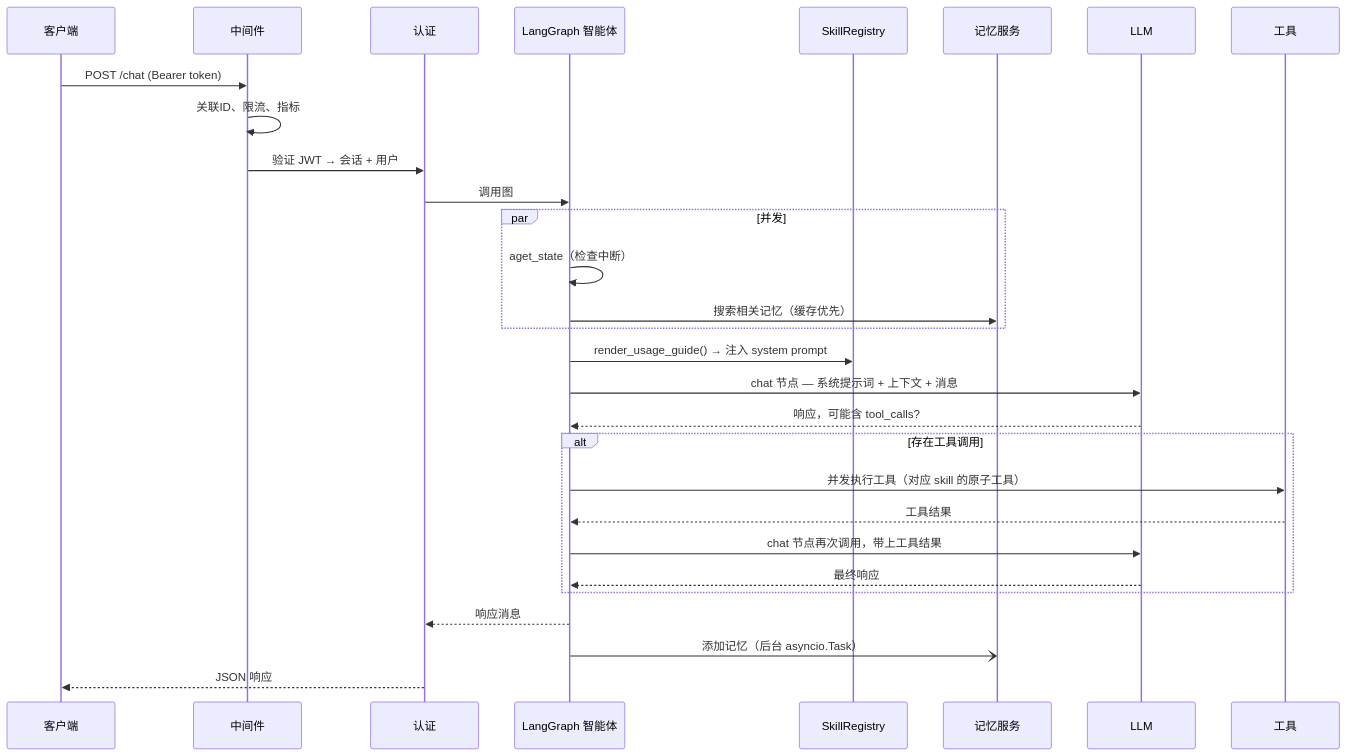
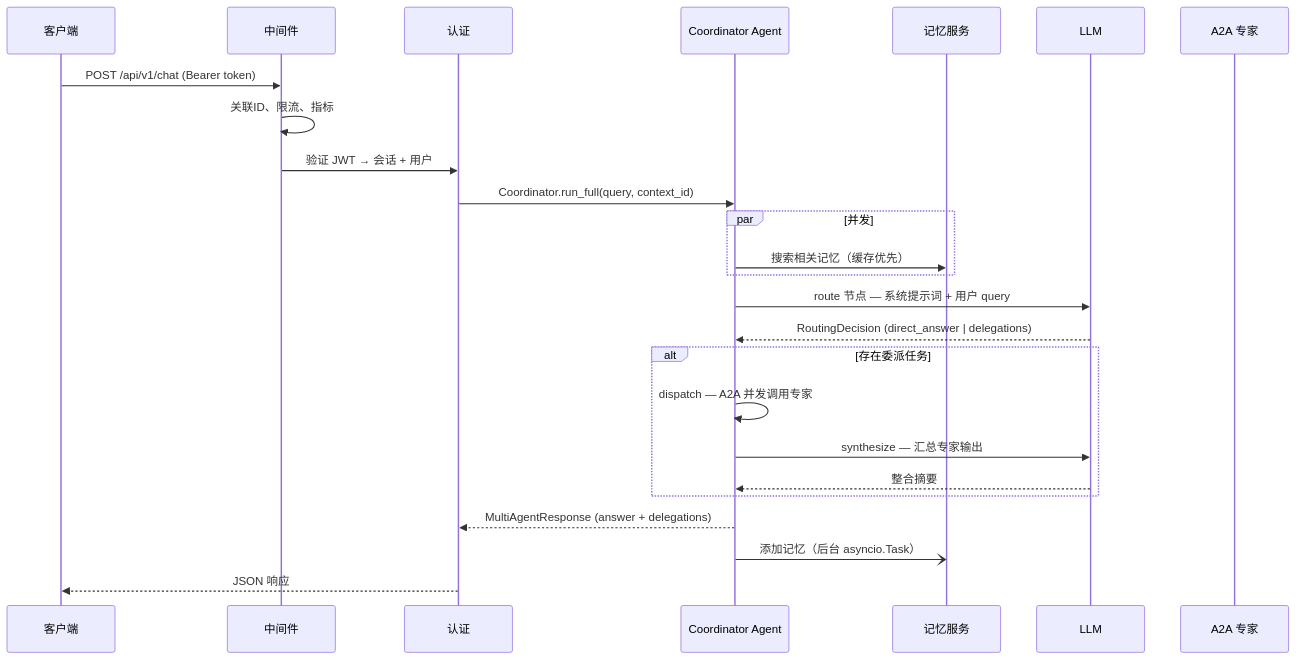
Before and after one commit to zhengyan417/YiTian_LearningCosmos: the third of 3 diagrams in docs/architecture.md, drawn with Mermaid. The commit also changed other lines of this file and 131 other files, not shown here.

````diff
--- a/docs/architecture.md
+++ b/docs/architecture.md
@@ -156,36 +111,32 @@
 ```mermaid
 sequenceDiagram
     participant C as 客户端
     participant MW as 中间件
     participant A as 认证
-    participant G as LangGraph 智能体
-    participant SK as SkillRegistry
+    participant G as Coordinator Agent
     participant Mem as 记忆服务
     participant L as LLM
-    participant T as 工具
+    participant A2A as A2A 专家
 
-    C->>MW: POST /chat (Bearer token)
+    C->>MW: POST /api/v1/chat (Bearer token)
     MW->>MW: 关联ID、限流、指标
     MW->>A: 验证 JWT → 会话 + 用户
-    A->>G: 调用图
+    A->>G: Coordinator.run_full(query, context_id)
 
     par 并发
-        G->>G: aget_state（检查中断）
         G->>Mem: 搜索相关记忆（缓存优先）
     end
 
-    G->>SK: render_usage_guide() → 注入 system prompt
-    G->>L: chat 节点 — 系统提示词 + 上下文 + 消息
-    L-->>G: 响应，可能含 tool_calls?
+    G->>L: route 节点 — 系统提示词 + 用户 query
+    L-->>G: RoutingDecision (direct_answer | delegations)
 
-    alt 存在工具调用
-        G->>T: 并发执行工具（对应 skill 的原子工具）
-        T-->>G: 工具结果
-        G->>L: chat 节点再次调用，带上工具结果
-        L-->>G: 最终响应
+    alt 存在委派任务
+        G->>G: dispatch — A2A 并发调用专家
+        G->>L: synthesize — 汇总专家输出
+        L-->>G: 整合摘要
     end
 
-    G-->>A: 响应消息
+    G-->>A: MultiAgentResponse (answer + delegations)
     G-)Mem: 添加记忆（后台 asyncio.Task）
     A-->>C: JSON 响应
 ```
````
